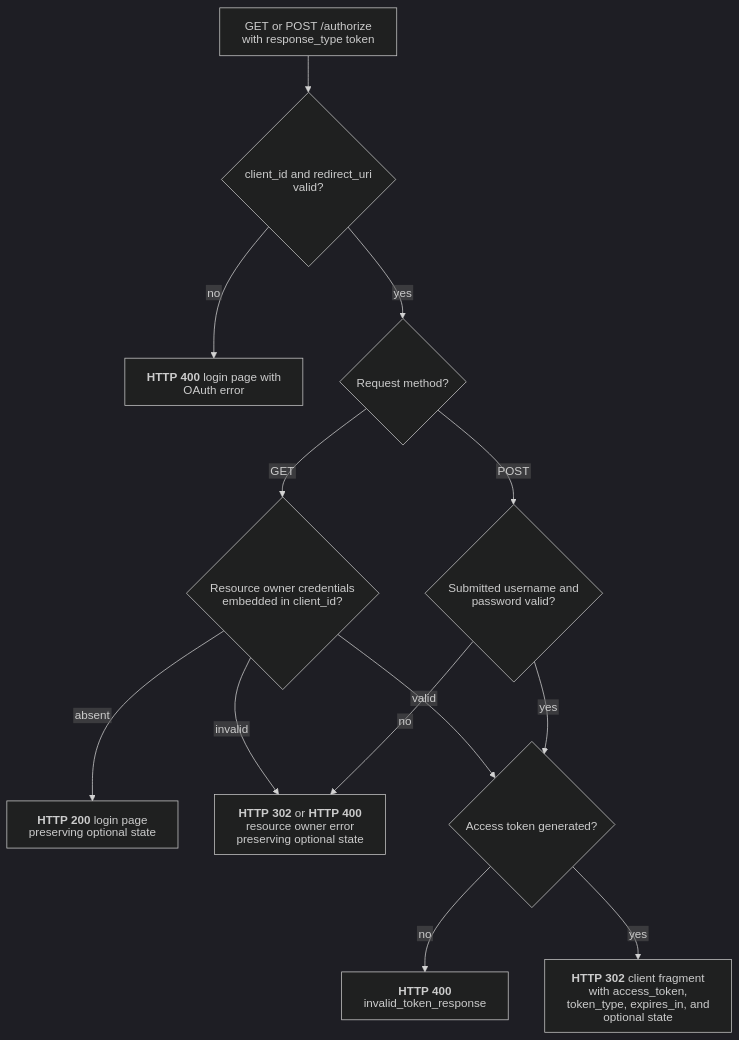
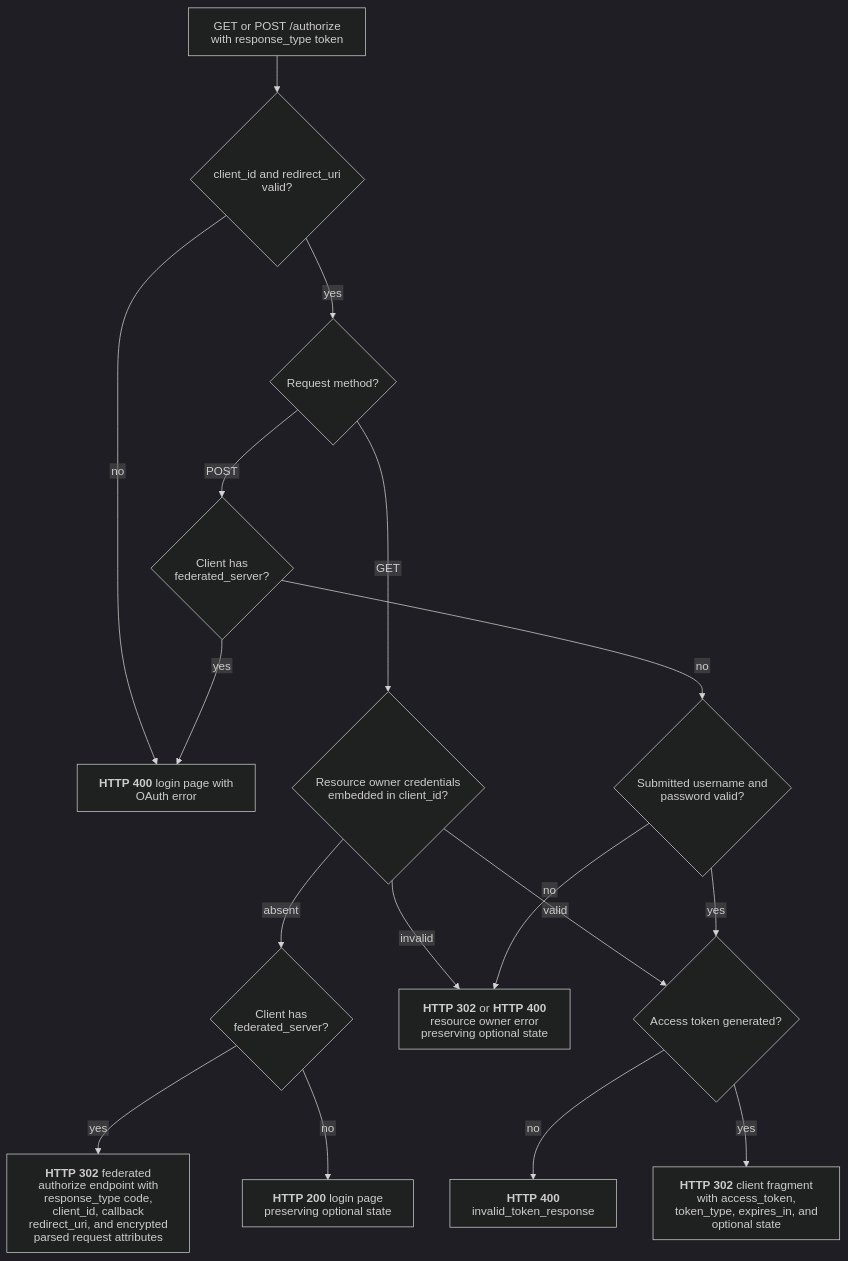
Before and after one commit to malach-it/kagome: the diagram in docs/flows/oauth/implicit.mmd, drawn with Mermaid (dark theme). The commit also changed 39 other files, not shown here.

Commit message:
feat: add per-client identity federation

```diff
--- a/docs/flows/oauth/implicit.mmd
+++ b/docs/flows/oauth/implicit.mmd
@@ -1,14 +1,18 @@
 %%{init: {"htmlLabels": false, "flowchart": {"htmlLabels": false}}}%%
 flowchart TD
     start[GET or POST /authorize with response_type token] --> request{client_id and redirect_uri valid?}
     request -- no --> request_error["`**HTTP 400** login page with OAuth error`"]
     request -- yes --> method{Request method?}
     method -- GET --> optional_owner{Resource owner credentials embedded in client_id?}
-    optional_owner -- absent --> login["`**HTTP 200** login page preserving optional state`"]
+    optional_owner -- absent --> federation{Client has federated_server?}
+    federation -- yes --> federated_redirect["`**HTTP 302** federated authorize endpoint with response_type code, client_id, callback redirect_uri, and encrypted parsed request attributes`"]
+    federation -- no --> login["`**HTTP 200** login page preserving optional state`"]
     optional_owner -- invalid --> owner_error["`**HTTP 302** or **HTTP 400** resource owner error preserving optional state`"]
     optional_owner -- valid --> generate
-    method -- POST --> required_owner{Submitted username and password valid?}
+    method -- POST --> federated_post{Client has federated_server?}
+    federated_post -- yes --> request_error
+    federated_post -- no --> required_owner{Submitted username and password valid?}
     required_owner -- no --> owner_error
     required_owner -- yes --> generate{Access token generated?}
     generate -- no --> generation_error["`**HTTP 400** invalid_token_response`"]
     generate -- yes --> redirect["`**HTTP 302** client fragment with access_token, token_type, expires_in, and optional state`"]
```
